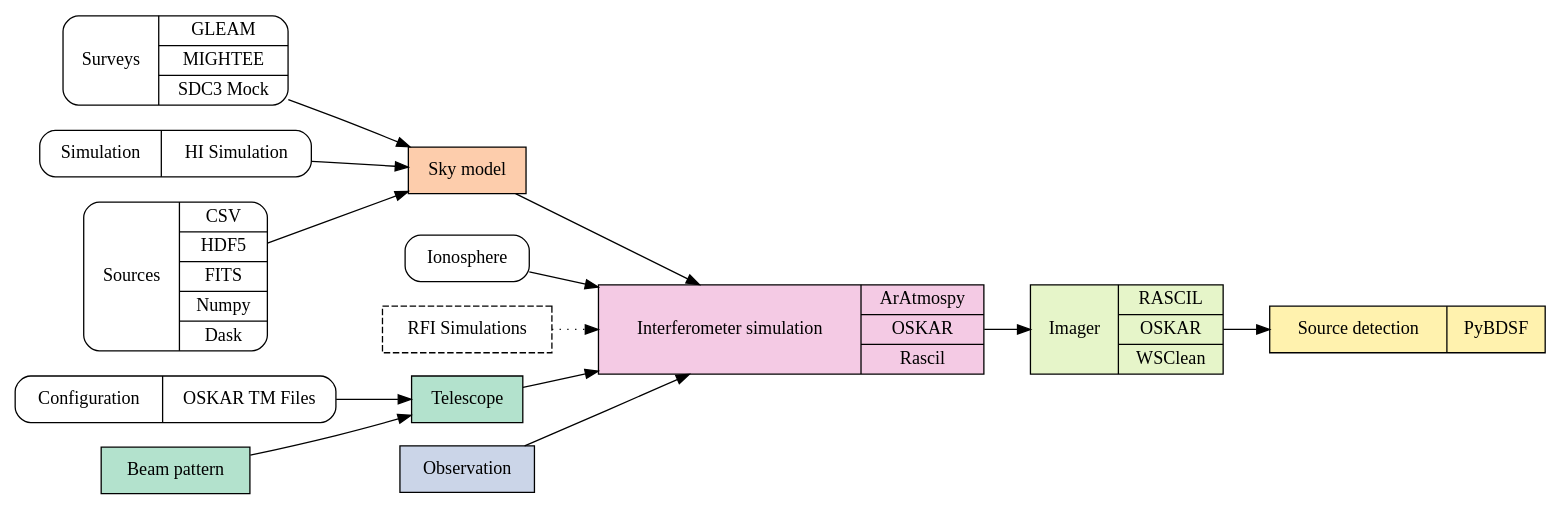
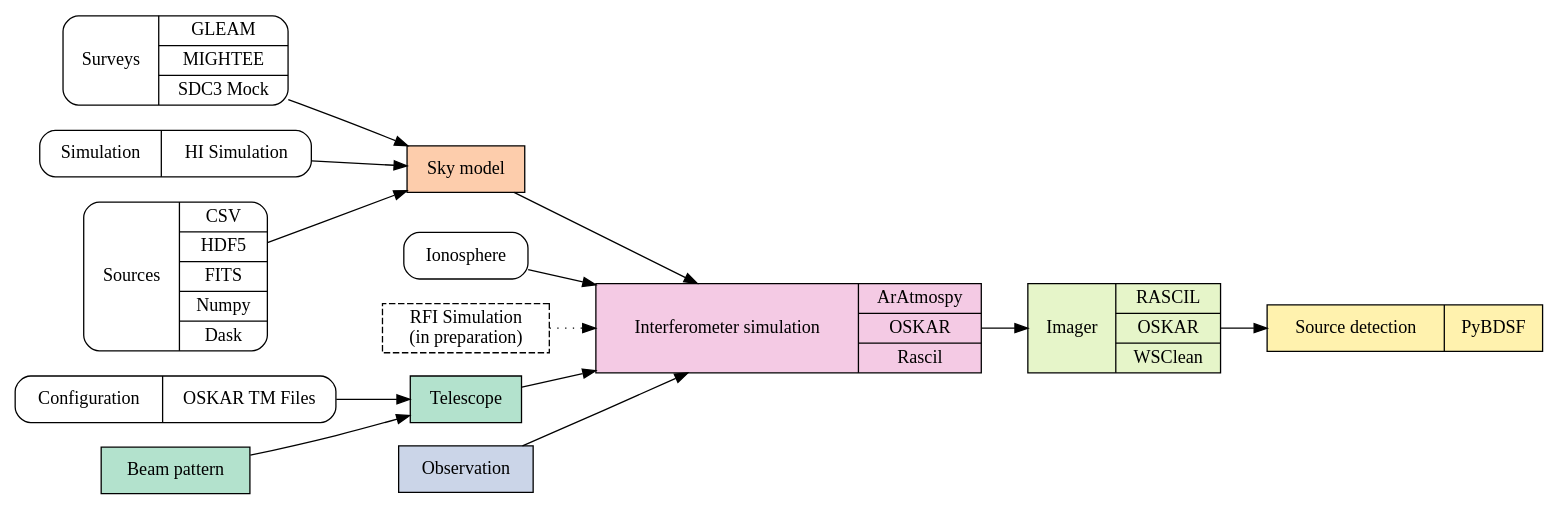
One commit to i4Ds/Karabo-Pipeline changed the diagram in doc/src/images/karabo-workflow-graphviz.gv. Above: the diagram before and after it, drawn with Graphviz. The commit also changed 1 other file, not shown here.

```diff
--- a/doc/src/images/karabo-workflow-graphviz.gv
+++ b/doc/src/images/karabo-workflow-graphviz.gv
@@ -1,49 +1,49 @@
 digraph {
     rankdir=LR
 
     node[colorscheme=pastel27, shape=record, style=rounded]
     "Surveys"[label="{Surveys|{GLEAM|MIGHTEE|SDC3 Mock}}"]
     "Simulations"[label="{Simulation|{HI Simulation}}"]
     "Sources"[label="{Sources|{CSV|HDF5|FITS|Numpy|Dask}}"]
     "Ionosphere"
     "Configuration"[label="{Configuration|OSKAR TM Files}"]
 
     node[fillcolor=2, shape=box, style=filled]
     "Sky model"
 
     node[fillcolor=3, style=dashed]
-    "RFI Simulations"
+    "RFI Simulations"[label="RFI Simulation\n(in preparation)"]
 
     node[fillcolor=1, style=filled]
     "Beam pattern"
     "Telescope"
     
     node[fillcolor=3]
     "Observation"
 
     node[fillcolor=4]
     "Interferometer simulation"[shape=record, label="{Interferometer simulation|{ArAtmospy|OSKAR|Rascil}}"]
 
     node[fillcolor=5]
     "Imager"[shape=record, label="{Imager|{RASCIL|OSKAR|WSClean}}"]
 
     node[fillcolor=6]
     "Source detection"[shape=record, label="{Source detection|{PyBDSF}}"]
 
     "Surveys" -> "Sky model"
     "Simulations" -> "Sky model"
     "Sources" -> "Sky model"
 
     "Configuration" -> "Telescope"
     "Beam pattern" -> "Telescope"
     
     "Sky model" -> "Interferometer simulation"
     "Telescope" -> "Interferometer simulation"
     "Observation" -> "Interferometer simulation"
     "RFI Simulations" -> "Interferometer simulation" [style=dotted]
     "Ionosphere" -> "Interferometer simulation"
 
     "Interferometer simulation" -> "Imager"
 
     "Imager" -> "Source detection"
 }
```
